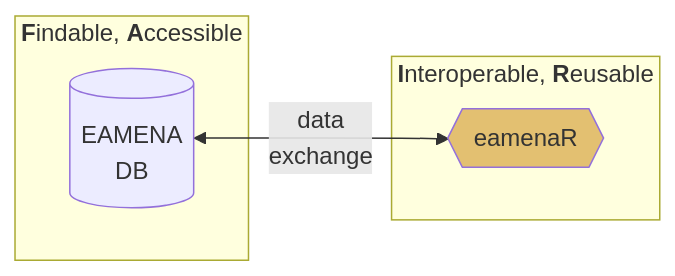
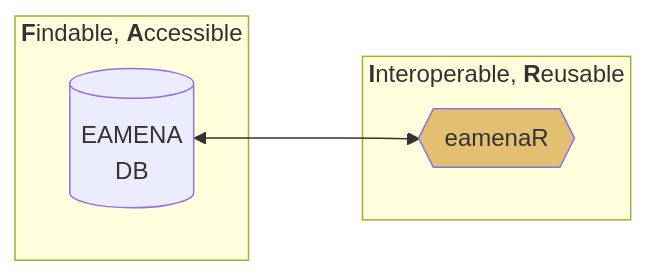
One commit to eamena-project/eamena-arches-dev changed the third of 3 diagrams in temp/test-quarto-mermaids.md. Above: the diagram before and after it, drawn with Mermaid.

````diff
--- a/temp/test-quarto-mermaids.md
+++ b/temp/test-quarto-mermaids.md
@@ -20,11 +20,11 @@
 ```mermaid
 flowchart LR
     subgraph ide1 [<b>F</b>indable, <b>A</b>ccessible]
     A[(EAMENA<br>DB)];
     end
-    A[(EAMENA<br>DB)] <--data<br>exchange--> B{{"eamenaR"}}:::eamenaRpkg;
+    A[(EAMENA<br>DB)] <---> B{{"eamenaR"}}:::eamenaRpkg;
     subgraph ide2 [<b>I</b>nteroperable, <b>R</b>eusable]
     B;
     end
     classDef eamenaRpkg fill:#e3c071;
 ```
````
